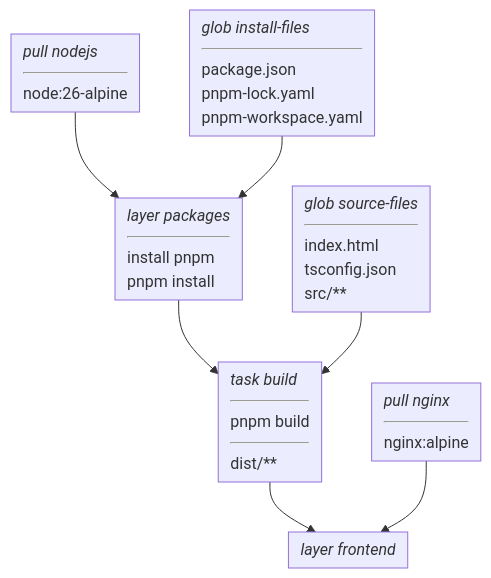
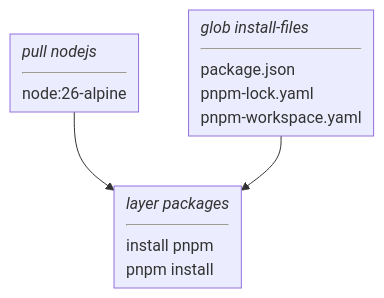
The eighth of 9 diagrams in docs/user/fundamentals.md (vamos-build/vamos), drawn with Mermaid before and after one commit.

Commit message:
Show only the Node.js setup in its step diagram
The step diagram that closes the Node.js example drew the whole UI
pipeline, repeating the next section's diagram. It now shows the
example's own three targets.

````diff
--- a/docs/user/fundamentals.md
+++ b/docs/user/fundamentals.md
@@ -222,21 +222,15 @@
 ```mermaid
 ---
 config:
   flowchart:
     minNodeWidth: 80
     padding: 6
     wrappingWidth: 400
 ---
 flowchart TD
     nodejs[<div style="text-align:left"><i>pull nodejs</i><hr/>node:26-alpine</div>]
     install-files[<div style="text-align:left"><i>glob install-files</i><hr/>package.json<br/>pnpm-lock.yaml<br/>pnpm-workspace.yaml</div>]
     packages[<div style="text-align:left"><i>layer packages</i><hr/>install pnpm<br/>pnpm install</div>]
-    source-files[<div style="text-align:left"><i>glob source-files</i><hr/>index.html<br/>tsconfig.json<br/>src/**</div>]
-    build[<div style="text-align:left"><i>task build</i><hr/>pnpm build<hr/>dist/**</div>]
-    nginx[<div style="text-align:left"><i>pull nginx</i><hr/>nginx:alpine</div>]
-    frontend[<div style="text-align:left"><i>layer frontend</i></div>]
 
     nodejs & install-files --> packages
-    packages & source-files --> build
-    build & nginx --> frontend
 ```
````
